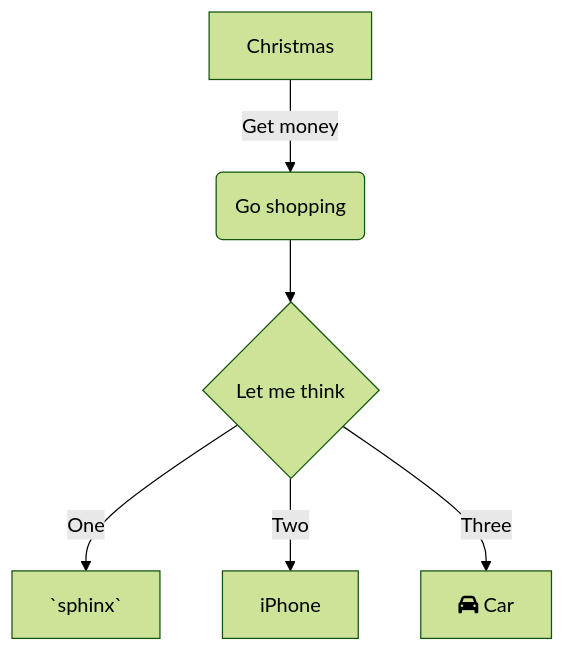
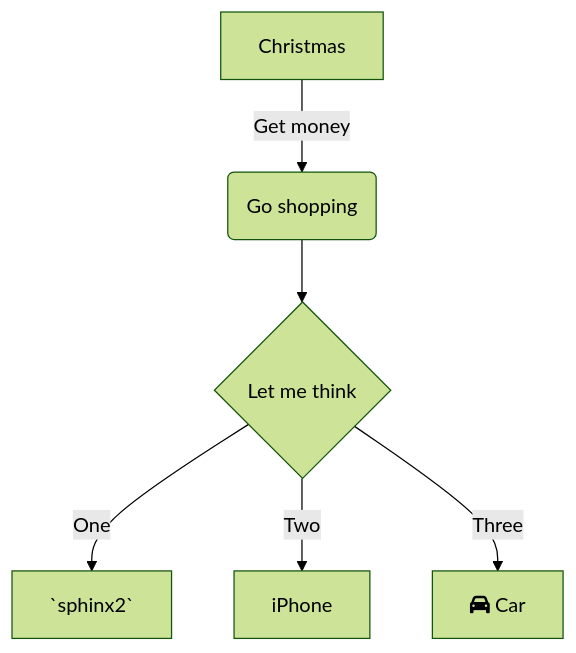
One commit to nadav-swimm/flask changed the diagram in .swm/testing-consequitivews-snippets-in-view-mode.8xe19.sw.md. Above: the diagram before and after it, drawn with Mermaid (forest theme). The commit also changed other lines of this file, not shown here.

````diff
--- a/.swm/testing-consequitivews-snippets-in-view-mode.8xe19.sw.md
+++ b/.swm/testing-consequitivews-snippets-in-view-mode.8xe19.sw.md
@@ -57,9 +62,9 @@
 ```mermaid
 graph TD
 A[Christmas] -->|Get money| B(Go shopping)
 B --> C{Let me think}
-C -->|One| D[`sphinx`]
+C -->|One| D[`sphinx2`]
 C -->|Two| E[iPhone]
 C -->|Three| F[fa:fa-car Car]
 
 ```
````
